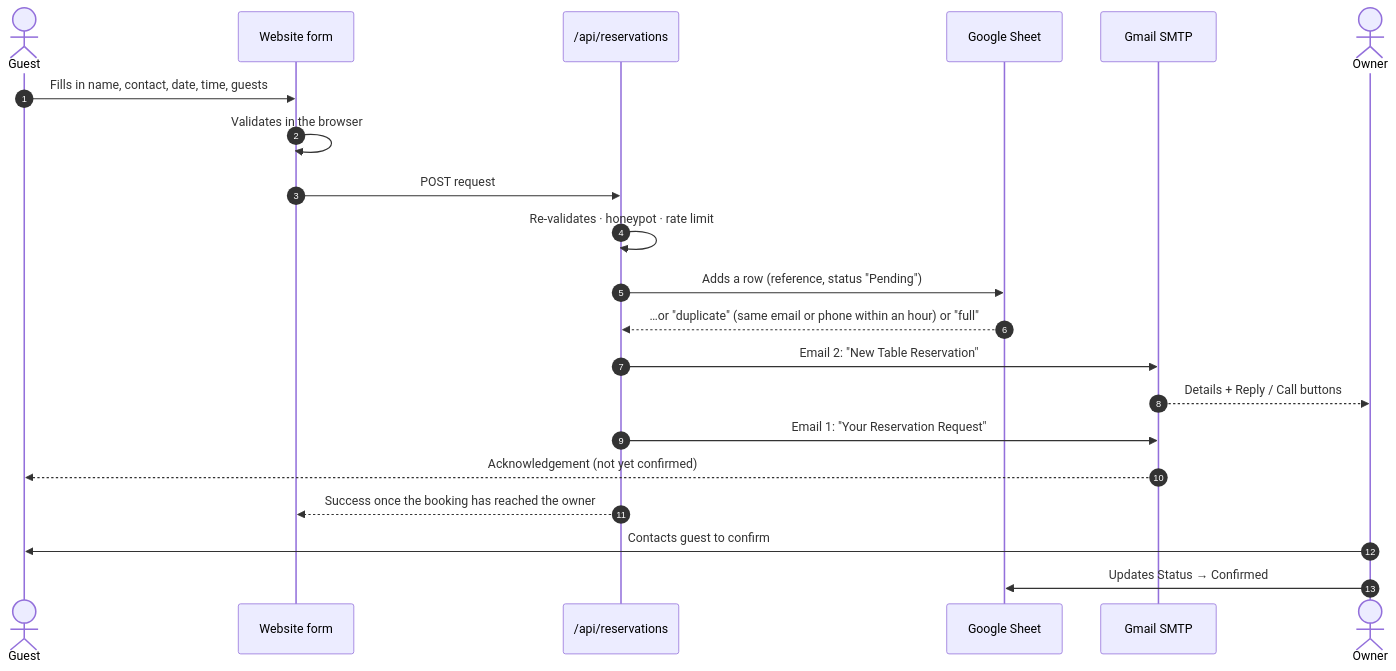
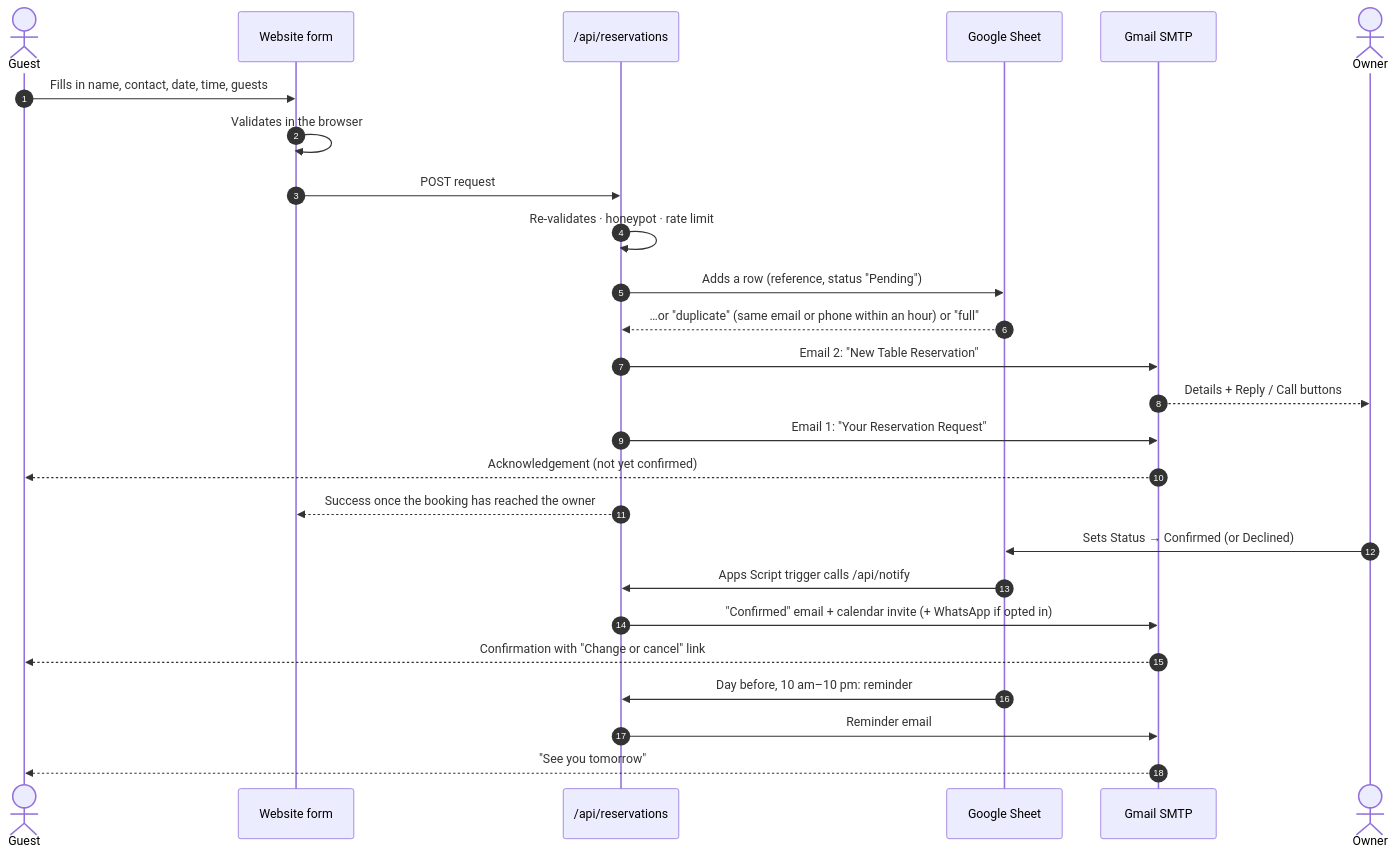
The diagram in README.md (rudra1358/aurelia-cafe), drawn with Mermaid before and after one commit. The commit also changed other lines of this file and 39 other files, not shown here.

First line of the commit message:
Add booking loop, guest self-service, WhatsApp, events, menu labels and language switch

````diff
--- a/README.md
+++ b/README.md
@@ -142,24 +182,29 @@
 ```mermaid
 sequenceDiagram
     autonumber
     actor Guest
     participant Site as Website form
     participant API as /api/reservations
     participant Sheet as Google Sheet
     participant Gmail as Gmail SMTP
     actor Owner
 
     Guest->>Site: Fills in name, contact, date, time, guests
     Site->>Site: Validates in the browser
     Site->>API: POST request
     API->>API: Re-validates · honeypot · rate limit
     API->>Sheet: Adds a row (reference, status "Pending")
     Sheet-->>API: …or "duplicate" (same email or phone within an hour) or "full"
     API->>Gmail: Email 2: "New Table Reservation"
     Gmail-->>Owner: Details + Reply / Call buttons
     API->>Gmail: Email 1: "Your Reservation Request"
     Gmail-->>Guest: Acknowledgement (not yet confirmed)
     API-->>Site: Success once the booking has reached the owner
-    Owner->>Guest: Contacts guest to confirm
-    Owner->>Sheet: Updates Status → Confirmed
+    Owner->>Sheet: Sets Status → Confirmed (or Declined)
+    Sheet->>API: Apps Script trigger calls /api/notify
+    API->>Gmail: "Confirmed" email + calendar invite (+ WhatsApp if opted in)
+    Gmail-->>Guest: Confirmation with "Change or cancel" link
+    Sheet->>API: Day before, 10 am–10 pm: reminder
+    API->>Gmail: Reminder email
+    Gmail-->>Guest: "See you tomorrow"
 ```
````
